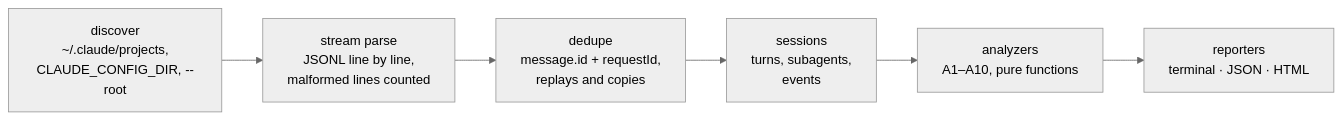
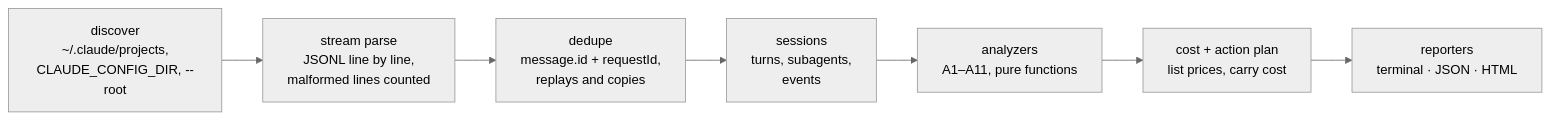
Before and after one commit to alexnieves-cs/ccxray: the diagram in README.md, drawn with Mermaid (neutral theme). The commit also changed other lines of this file and 1 other file, not shown here.

First line of the commit message:
docs: cost, impact and action plan in README and SPEC

````diff
--- a/README.md
+++ b/README.md
@@ -94,8 +94,8 @@
 ```mermaid
 flowchart LR
   A["discover<br/>~/.claude/projects,<br/>CLAUDE_CONFIG_DIR, --root"] --> B["stream parse<br/>JSONL line by line,<br/>malformed lines counted"]
   B --> C["dedupe<br/>message.id + requestId,<br/>replays and copies"]
   C --> D["sessions<br/>turns, subagents,<br/>events"]
-  D --> E["analyzers<br/>A1–A10, pure functions"]
-  E --> F["reporters<br/>terminal · JSON · HTML"]
+  D --> E["analyzers<br/>A1–A11, pure functions"] --> P["cost + action plan<br/>list prices, carry cost"]
+  P --> F["reporters<br/>terminal · JSON · HTML"]
 ```
````
